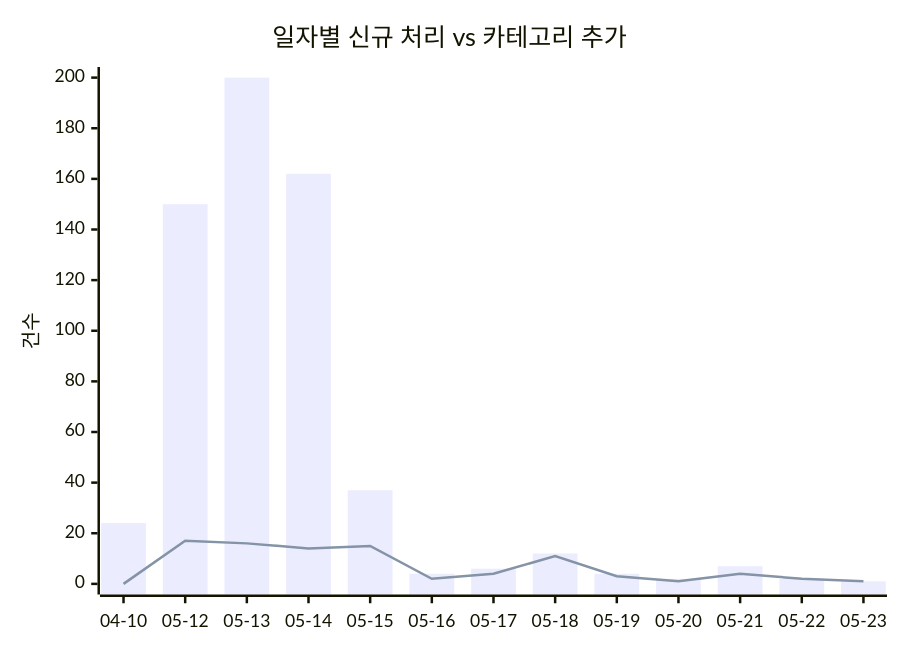
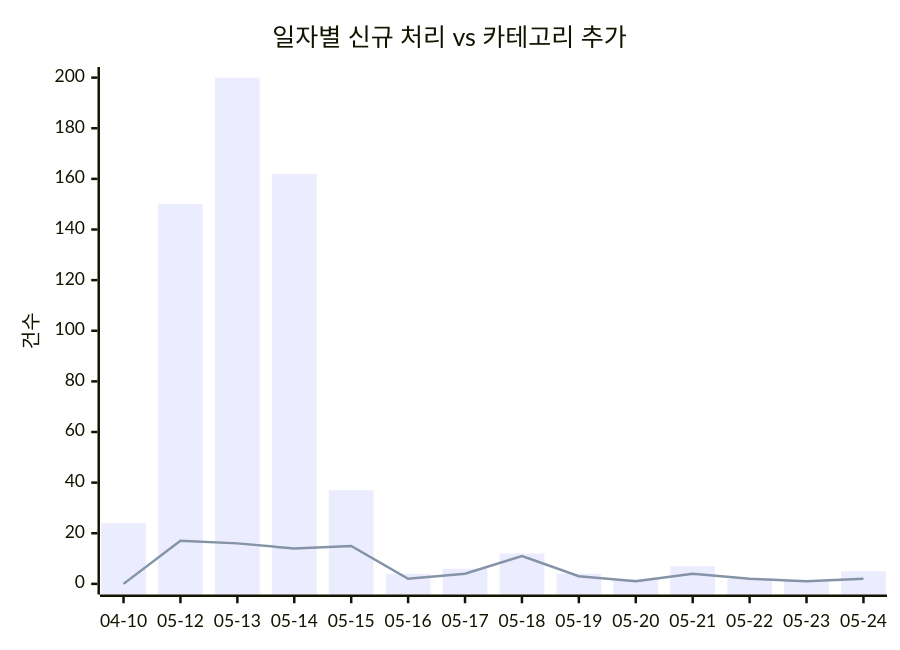
One commit to J-nowcow/awesome-korean-agent-skills changed the first of 2 diagrams in docs/trends.md. Above: the diagram before and after it, drawn with Mermaid. The commit also changed other lines of this file and 4 other files, not shown here.

````diff
--- a/docs/trends.md
+++ b/docs/trends.md
@@ -32,8 +32,8 @@
 ```mermaid
 xychart-beta
     title "일자별 신규 처리 vs 카테고리 추가"
-    x-axis ["04-10","05-12","05-13","05-14","05-15","05-16","05-17","05-18","05-19","05-20","05-21","05-22","05-23"]
+    x-axis ["04-10","05-12","05-13","05-14","05-15","05-16","05-17","05-18","05-19","05-20","05-21","05-22","05-23","05-24"]
     y-axis "건수"
-    bar [24,150,200,162,37,4,6,12,4,2,7,2,1]
-    line [0,17,16,14,15,2,4,11,3,1,4,2,1]
+    bar [24,150,200,162,37,4,6,12,4,2,7,2,1,5]
+    line [0,17,16,14,15,2,4,11,3,1,4,2,1,2]
 ```
````
